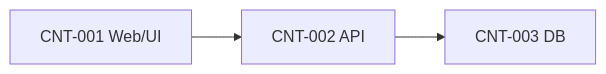
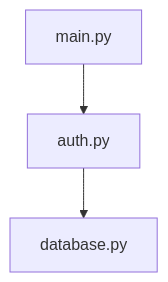
Before and after one commit to zeni-on/vulcan-anvil-ex: the second of 5 diagrams in docs/templates/SW_ARCHITECTURE_TEMPLATE.md, drawn with Mermaid. The commit also changed other lines of this file and 4 other files, not shown here.

````diff
--- a/docs/templates/SW_ARCHITECTURE_TEMPLATE.md
+++ b/docs/templates/SW_ARCHITECTURE_TEMPLATE.md
@@ -80,5 +88,5 @@
 ```mermaid
-flowchart LR
-  Web["CNT-001 Web/UI"] --> Api["CNT-002 API"]
-  Api --> Db["CNT-003 DB"]
+flowchart TD
+  MAIN["main.py"] --> AUTH["auth.py"]
+  AUTH --> DB["database.py"]
 ```
````
